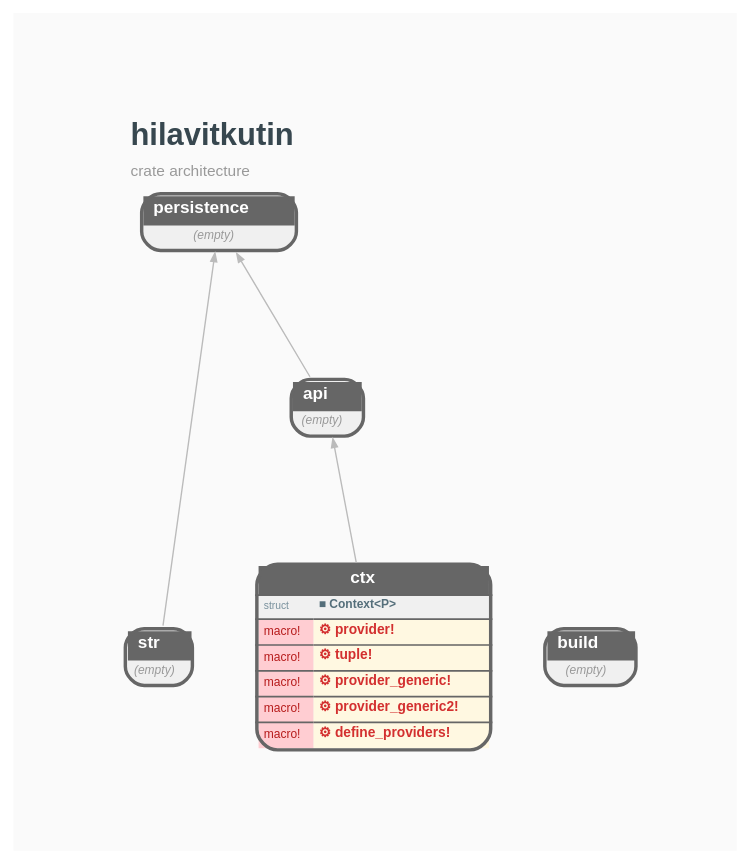
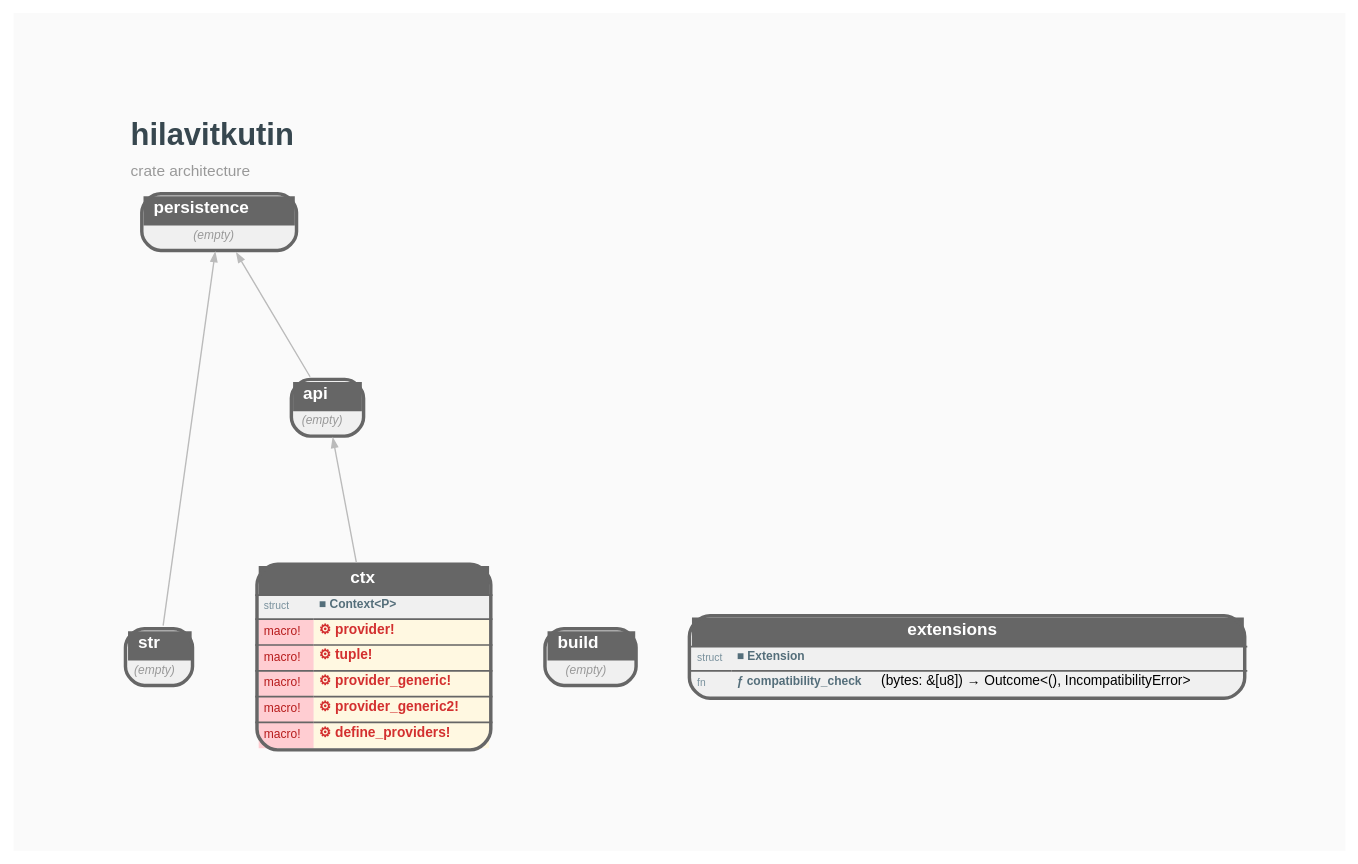
The diagram in docs/STRUCTURE.GRAPH.dot (orgrinrt/hilavitkutin), drawn with Graphviz before and after one commit. The commit also changed 50 other files, not shown here.

Commit message:
feat: hilavitkutin-extensions (merged PR #34)

```diff
--- a/docs/STRUCTURE.GRAPH.dot
+++ b/docs/STRUCTURE.GRAPH.dot
@@ -1,36 +1,37 @@
 // AUTO-GENERATED — DO NOT EDIT DIRECTLY
 //
 // Generated by: mockspace (mock)
-// Generated at: 2026-04-21T07:54:01Z
+// Generated at: 2026-04-24T05:53:29Z
 // Source: mock/
 // To regenerate: cargo mock
 
 digraph hilavitkutin {
     rankdir=BT;
     newrank=true;
     bgcolor="#FAFAFA";
     graph [fontname="Helvetica", fontsize=10, pad=0.8, nodesep=0.4, ranksep=1.0];
     node [fontname="Helvetica", fontsize=8];
     edge [fontname="Helvetica", fontsize=7, color="#BBBBBB", arrowsize=0.5, penwidth=0.8];
 
     labelloc=t;
     labeljust=l;
     label=<<TABLE BORDER="0" CELLBORDER="0" CELLSPACING="0"><TR><TD ALIGN="LEFT"><FONT POINT-SIZE="18" COLOR="#37474F"><B>hilavitkutin</B></FONT></TD></TR><TR><TD ALIGN="LEFT"><FONT POINT-SIZE="9" COLOR="#999999">crate architecture</FONT></TD></TR></TABLE>>;
 
     hilavitkutin_api [shape=none, margin=0, label=<<TABLE BORDER="2" CELLBORDER="0" CELLSPACING="0" CELLPADDING="3" BGCOLOR="#F0F0F0" COLOR="#666666" STYLE="ROUNDED"><TR><TD COLSPAN="2" BGCOLOR="#666666" ALIGN="CENTER"><FONT COLOR="white" POINT-SIZE="10"><B>  api  </B></FONT></TD></TR><TR><TD COLSPAN="2"><FONT COLOR="#999999" POINT-SIZE="7"><I>(empty)</I></FONT></TD></TR></TABLE>>];
     hilavitkutin_build [shape=none, margin=0, label=<<TABLE BORDER="2" CELLBORDER="0" CELLSPACING="0" CELLPADDING="3" BGCOLOR="#F0F0F0" COLOR="#666666" STYLE="ROUNDED"><TR><TD COLSPAN="2" BGCOLOR="#666666" ALIGN="CENTER"><FONT COLOR="white" POINT-SIZE="10"><B>  build  </B></FONT></TD></TR><TR><TD COLSPAN="2"><FONT COLOR="#999999" POINT-SIZE="7"><I>(empty)</I></FONT></TD></TR></TABLE>>];
     hilavitkutin_ctx [shape=none, margin=0, label=<<TABLE BORDER="2" CELLBORDER="0" CELLSPACING="0" CELLPADDING="3" BGCOLOR="#F0F0F0" COLOR="#666666" STYLE="ROUNDED"><TR><TD COLSPAN="2" BGCOLOR="#666666" ALIGN="CENTER"><FONT COLOR="white" POINT-SIZE="10"><B>  ctx  </B></FONT></TD></TR><HR/><TR><TD ALIGN="LEFT"><FONT COLOR="#78909C" POINT-SIZE="6">struct</FONT></TD><TD ALIGN="LEFT" PORT="p_Context"><FONT COLOR="#546E7A" POINT-SIZE="7"><B>■ Context&lt;P&gt;</B></FONT></TD></TR><HR/><TR><TD ALIGN="LEFT" BGCOLOR="#FFCDD2"><FONT COLOR="#B71C1C" POINT-SIZE="7">macro!</FONT></TD><TD ALIGN="LEFT" BGCOLOR="#FFF8E1" PORT="p_provider"><FONT COLOR="#D32F2F"><B>⚙ provider!</B></FONT></TD></TR><HR/><TR><TD ALIGN="LEFT" BGCOLOR="#FFCDD2"><FONT COLOR="#B71C1C" POINT-SIZE="7">macro!</FONT></TD><TD ALIGN="LEFT" BGCOLOR="#FFF8E1" PORT="p_tuple"><FONT COLOR="#D32F2F"><B>⚙ tuple!</B></FONT></TD></TR><HR/><TR><TD ALIGN="LEFT" BGCOLOR="#FFCDD2"><FONT COLOR="#B71C1C" POINT-SIZE="7">macro!</FONT></TD><TD ALIGN="LEFT" BGCOLOR="#FFF8E1" PORT="p_provider_generic"><FONT COLOR="#D32F2F"><B>⚙ provider_generic!</B></FONT></TD></TR><HR/><TR><TD ALIGN="LEFT" BGCOLOR="#FFCDD2"><FONT COLOR="#B71C1C" POINT-SIZE="7">macro!</FONT></TD><TD ALIGN="LEFT" BGCOLOR="#FFF8E1" PORT="p_provider_generic2"><FONT COLOR="#D32F2F"><B>⚙ provider_generic2!</B></FONT></TD></TR><HR/><TR><TD ALIGN="LEFT" BGCOLOR="#FFCDD2"><FONT COLOR="#B71C1C" POINT-SIZE="7">macro!</FONT></TD><TD ALIGN="LEFT" BGCOLOR="#FFF8E1" PORT="p_define_providers"><FONT COLOR="#D32F2F"><B>⚙ define_providers!</B></FONT></TD></TR></TABLE>>];
+    hilavitkutin_extensions [shape=none, margin=0, label=<<TABLE BORDER="2" CELLBORDER="0" CELLSPACING="0" CELLPADDING="3" BGCOLOR="#F0F0F0" COLOR="#666666" STYLE="ROUNDED"><TR><TD COLSPAN="2" BGCOLOR="#666666" ALIGN="CENTER"><FONT COLOR="white" POINT-SIZE="10"><B>  extensions  </B></FONT></TD></TR><HR/><TR><TD ALIGN="LEFT"><FONT COLOR="#78909C" POINT-SIZE="6">struct</FONT></TD><TD ALIGN="LEFT" PORT="p_Extension"><FONT COLOR="#546E7A" POINT-SIZE="7"><B>■ Extension</B></FONT></TD></TR><HR/><TR><TD ALIGN="LEFT"><FONT COLOR="#78909C" POINT-SIZE="6">fn</FONT></TD><TD ALIGN="LEFT" PORT="p_compatibility_check"><FONT COLOR="#546E7A" POINT-SIZE="7"><B>ƒ compatibility_check</B></FONT>(bytes: &amp;[u8]) → Outcome&lt;(), IncompatibilityError&gt;</TD></TR></TABLE>>];
     hilavitkutin_persistence [shape=none, margin=0, label=<<TABLE BORDER="2" CELLBORDER="0" CELLSPACING="0" CELLPADDING="3" BGCOLOR="#F0F0F0" COLOR="#666666" STYLE="ROUNDED"><TR><TD COLSPAN="2" BGCOLOR="#666666" ALIGN="CENTER"><FONT COLOR="white" POINT-SIZE="10"><B>  persistence  </B></FONT></TD></TR><TR><TD COLSPAN="2"><FONT COLOR="#999999" POINT-SIZE="7"><I>(empty)</I></FONT></TD></TR></TABLE>>];
     hilavitkutin_str [shape=none, margin=0, label=<<TABLE BORDER="2" CELLBORDER="0" CELLSPACING="0" CELLPADDING="3" BGCOLOR="#F0F0F0" COLOR="#666666" STYLE="ROUNDED"><TR><TD COLSPAN="2" BGCOLOR="#666666" ALIGN="CENTER"><FONT COLOR="white" POINT-SIZE="10"><B>  str  </B></FONT></TD></TR><TR><TD COLSPAN="2"><FONT COLOR="#999999" POINT-SIZE="7"><I>(empty)</I></FONT></TD></TR></TABLE>>];
 
-    { rank=same; hilavitkutin_build; hilavitkutin_ctx; hilavitkutin_str; } // depth 0
+    { rank=same; hilavitkutin_build; hilavitkutin_ctx; hilavitkutin_extensions; hilavitkutin_str; } // depth 0
     { rank=same; hilavitkutin_api; } // depth 1
     { rank=same; hilavitkutin_persistence; } // depth 2
 
 
     // Dependency edges (transitively reduced)
     hilavitkutin_ctx -> hilavitkutin_api;
     hilavitkutin_str -> hilavitkutin_persistence;
     hilavitkutin_api -> hilavitkutin_persistence;
 
 }
```
